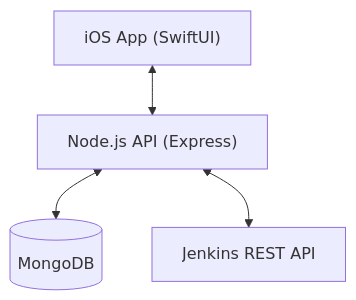
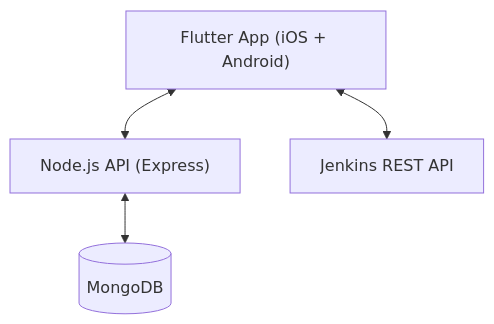
The diagram in README.md (SithumRaigamage/JobTrigger), drawn with Mermaid before and after one commit. The commit also changed other lines of this file and 7 other files, not shown here.

````diff
--- a/README.md
+++ b/README.md
@@ -35,6 +38,6 @@
 ```mermaid
 graph TD
-    iOS["iOS App (SwiftUI)"] <--> API["Node.js API (Express)"]
+    Flutter["Flutter App (iOS + Android)"] <--> API["Node.js API (Express)"]
     API <--> MongoDB[("MongoDB")]
-    API <--> Jenkins["Jenkins REST API"]
+    Flutter <--> Jenkins["Jenkins REST API"]
 ```
````
